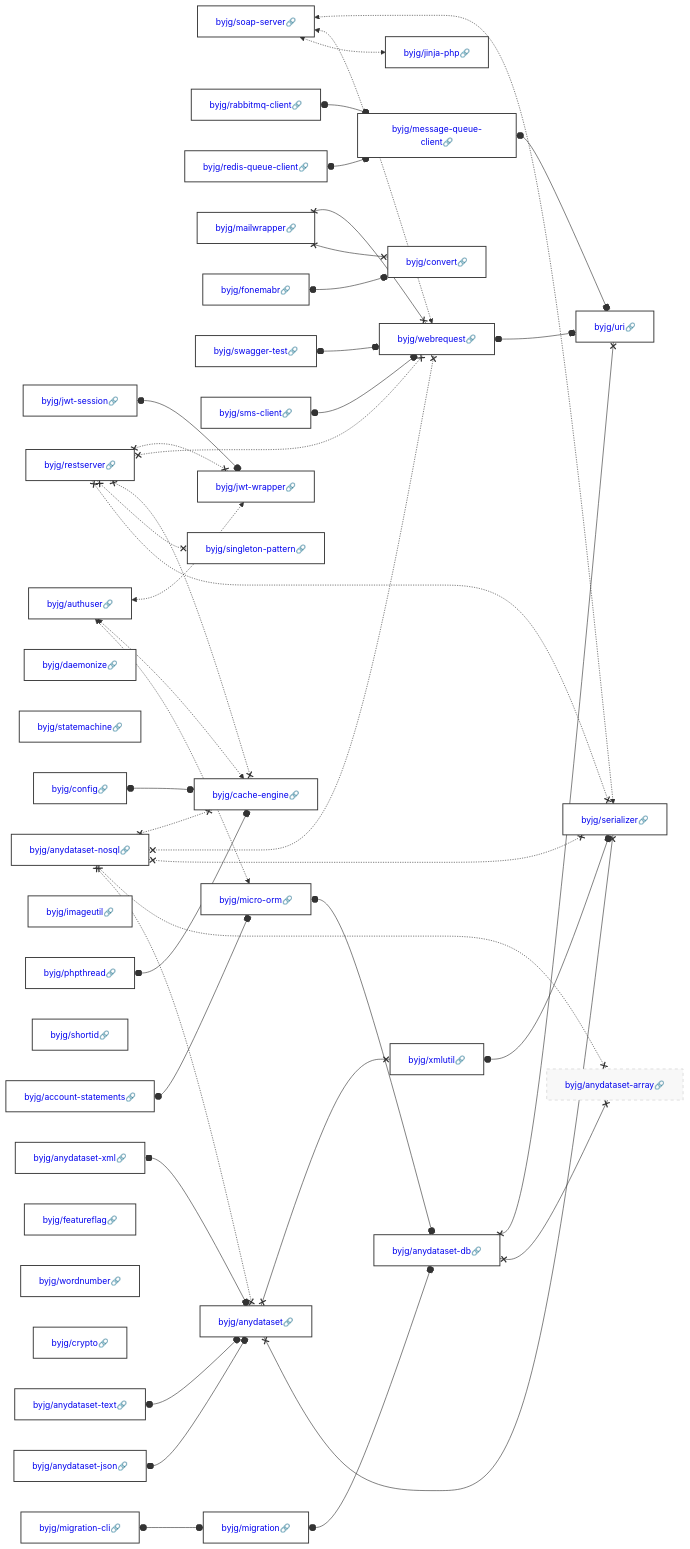
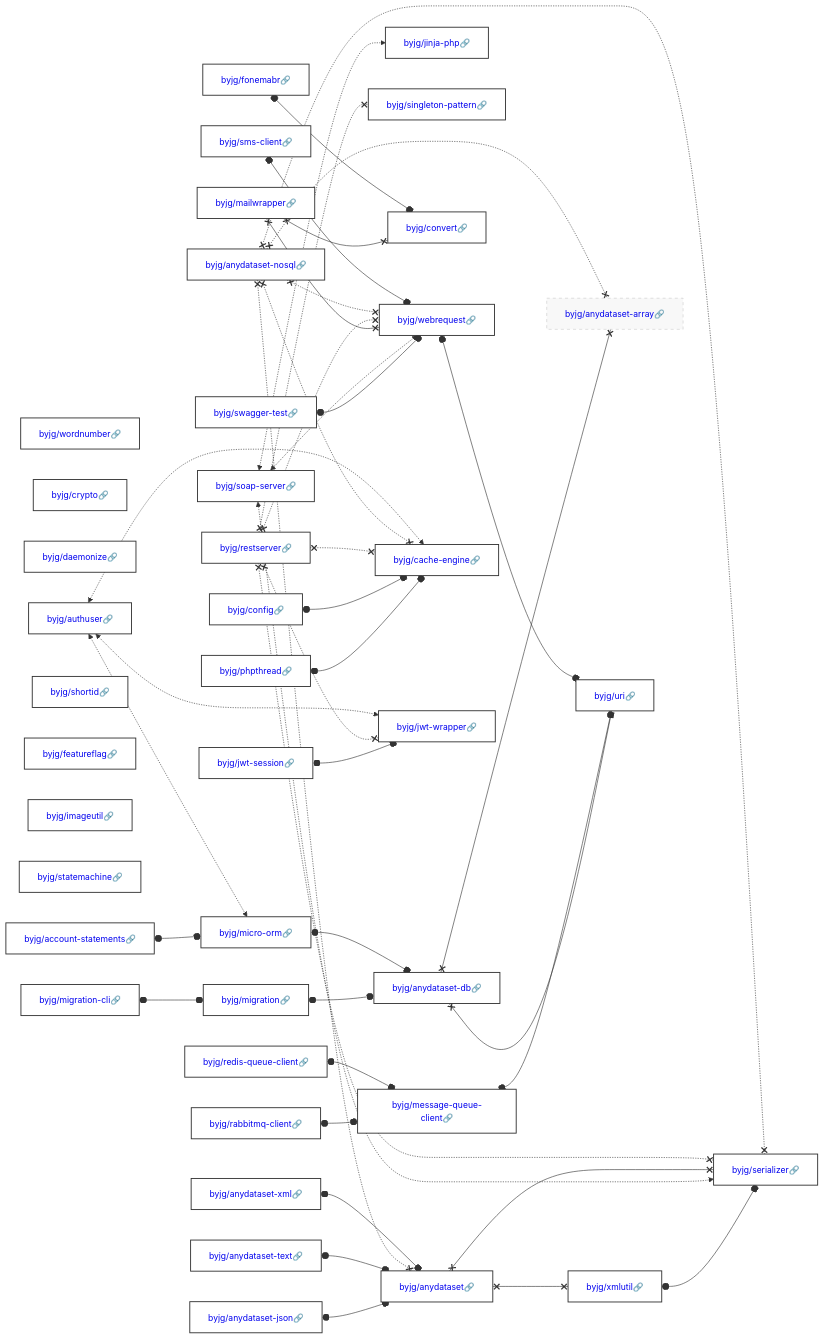
One commit to byjg/byjg.github.io changed the diagram in docs/php/README.md. Above: the diagram before and after it, drawn with Mermaid. The commit also changed other lines of this file and 1 other file, not shown here.

Commit message:
Update documentation 'php' 'php-serializer'

````diff
--- a/docs/php/README.md
+++ b/docs/php/README.md
@@ -3,45 +3,45 @@
 ```mermaid
 graph LR;
+  byjg/redis-queue-client[<a href='https://opensource.byjg.com/docs/php/redis-queue-client' style='text-decoration:none'>byjg/redis-queue-client🔗</a>];
+  byjg/fonemabr[<a href='https://opensource.byjg.com/docs/php/fonemabr' style='text-decoration:none'>byjg/fonemabr🔗</a>];
+  byjg/rabbitmq-client[<a href='https://opensource.byjg.com/docs/php/rabbitmq-client' style='text-decoration:none'>byjg/rabbitmq-client🔗</a>];
   byjg/soap-server[<a href='https://opensource.byjg.com/docs/php/soap-server' style='text-decoration:none'>byjg/soap-server🔗</a>];
-  byjg/restserver[<a href='https://opensource.byjg.com/docs/php/restserver' style='text-decoration:none'>byjg/restserver🔗</a>];
-  byjg/rabbitmq-client[<a href='https://opensource.byjg.com/docs/php/rabbitmq-client' style='text-decoration:none'>byjg/rabbitmq-client🔗</a>];
-  byjg/migration-cli[<a href='https://opensource.byjg.com/docs/php/migration-cli' style='text-decoration:none'>byjg/migration-cli🔗</a>];
-  byjg/jwt-session[<a href='https://opensource.byjg.com/docs/php/jwt-session' style='text-decoration:none'>byjg/jwt-session🔗</a>];
-  byjg/redis-queue-client[<a href='https://opensource.byjg.com/docs/php/redis-queue-client' style='text-decoration:none'>byjg/redis-queue-client🔗</a>];
-  byjg/daemonize[<a href='https://opensource.byjg.com/docs/php/daemonize' style='text-decoration:none'>byjg/daemonize🔗</a>];
-  byjg/statemachine[<a href='https://opensource.byjg.com/docs/php/statemachine' style='text-decoration:none'>byjg/statemachine🔗</a>];
   byjg/anydataset-xml[<a href='https://opensource.byjg.com/docs/php/anydataset-xml' style='text-decoration:none'>byjg/anydataset-xml🔗</a>];
-  byjg/anydataset-text[<a href='https://opensource.byjg.com/docs/php/anydataset-text' style='text-decoration:none'>byjg/anydataset-text🔗</a>];
-  byjg/imageutil[<a href='https://opensource.byjg.com/docs/php/imageutil' style='text-decoration:none'>byjg/imageutil🔗</a>];
-  byjg/mailwrapper[<a href='https://opensource.byjg.com/docs/php/mailwrapper' style='text-decoration:none'>byjg/mailwrapper🔗</a>];
-  byjg/anydataset-nosql[<a href='https://opensource.byjg.com/docs/php/anydataset-nosql' style='text-decoration:none'>byjg/anydataset-nosql🔗</a>];
-  byjg/shortid[<a href='https://opensource.byjg.com/docs/php/shortid' style='text-decoration:none'>byjg/shortid🔗</a>];
-  byjg/fonemabr[<a href='https://opensource.byjg.com/docs/php/fonemabr' style='text-decoration:none'>byjg/fonemabr🔗</a>];
-  byjg/authuser[<a href='https://opensource.byjg.com/docs/php/authuser' style='text-decoration:none'>byjg/authuser🔗</a>];
   byjg/phpthread[<a href='https://opensource.byjg.com/docs/php/phpthread' style='text-decoration:none'>byjg/phpthread🔗</a>];
-  byjg/featureflag[<a href='https://opensource.byjg.com/docs/php/featureflag' style='text-decoration:none'>byjg/featureflag🔗</a>];
   byjg/wordnumber[<a href='https://opensource.byjg.com/docs/php/wordnumber' style='text-decoration:none'>byjg/wordnumber🔗</a>];
   byjg/crypto[<a href='https://opensource.byjg.com/docs/php/crypto' style='text-decoration:none'>byjg/crypto🔗</a>];
+  byjg/restserver[<a href='https://opensource.byjg.com/docs/php/restserver' style='text-decoration:none'>byjg/restserver🔗</a>];
+  byjg/anydataset-nosql[<a href='https://opensource.byjg.com/docs/php/anydataset-nosql' style='text-decoration:none'>byjg/anydataset-nosql🔗</a>];
+  byjg/anydataset-json[<a href='https://opensource.byjg.com/docs/php/anydataset-json' style='text-decoration:none'>byjg/anydataset-json🔗</a>];
+  byjg/daemonize[<a href='https://opensource.byjg.com/docs/php/daemonize' style='text-decoration:none'>byjg/daemonize🔗</a>];
+  byjg/jwt-session[<a href='https://opensource.byjg.com/docs/php/jwt-session' style='text-decoration:none'>byjg/jwt-session🔗</a>];
+  byjg/migration-cli[<a href='https://opensource.byjg.com/docs/php/migration-cli' style='text-decoration:none'>byjg/migration-cli🔗</a>];
   byjg/swagger-test[<a href='https://opensource.byjg.com/docs/php/swagger-test' style='text-decoration:none'>byjg/swagger-test🔗</a>];
+  byjg/shortid[<a href='https://opensource.byjg.com/docs/php/shortid' style='text-decoration:none'>byjg/shortid🔗</a>];
+  byjg/featureflag[<a href='https://opensource.byjg.com/docs/php/featureflag' style='text-decoration:none'>byjg/featureflag🔗</a>];
+  byjg/sms-client[<a href='https://opensource.byjg.com/docs/php/sms-client' style='text-decoration:none'>byjg/sms-client🔗</a>];
+  byjg/imageutil[<a href='https://opensource.byjg.com/docs/php/imageutil' style='text-decoration:none'>byjg/imageutil🔗</a>];
+  byjg/anydataset-text[<a href='https://opensource.byjg.com/docs/php/anydataset-text' style='text-decoration:none'>byjg/anydataset-text🔗</a>];
+  byjg/statemachine[<a href='https://opensource.byjg.com/docs/php/statemachine' style='text-decoration:none'>byjg/statemachine🔗</a>];
+  byjg/config[<a href='https://opensource.byjg.com/docs/php/config' style='text-decoration:none'>byjg/config🔗</a>];
   byjg/account-statements[<a href='https://opensource.byjg.com/docs/php/account-statements' style='text-decoration:none'>byjg/account-statements🔗</a>];
-  byjg/anydataset-json[<a href='https://opensource.byjg.com/docs/php/anydataset-json' style='text-decoration:none'>byjg/anydataset-json🔗</a>];
-  byjg/sms-client[<a href='https://opensource.byjg.com/docs/php/sms-client' style='text-decoration:none'>byjg/sms-client🔗</a>];
-  byjg/config[<a href='https://opensource.byjg.com/docs/php/config' style='text-decoration:none'>byjg/config🔗</a>];
+  byjg/mailwrapper[<a href='https://opensource.byjg.com/docs/php/mailwrapper' style='text-decoration:none'>byjg/mailwrapper🔗</a>];
+  byjg/authuser[<a href='https://opensource.byjg.com/docs/php/authuser' style='text-decoration:none'>byjg/authuser🔗</a>];
+  byjg/message-queue-client[<a href='https://opensource.byjg.com/docs/php/message-queue-client' style='text-decoration:none'>byjg/message-queue-client🔗</a>];
   byjg/jinja-php[<a href='https://opensource.byjg.com/docs/php/jinja-php' style='text-decoration:none'>byjg/jinja-php🔗</a>];
   byjg/singleton-pattern[<a href='https://opensource.byjg.com/docs/php/singleton-pattern' style='text-decoration:none'>byjg/singleton-pattern🔗</a>];
   byjg/migration[<a href='https://opensource.byjg.com/docs/php/migration' style='text-decoration:none'>byjg/migration🔗</a>];
-  byjg/message-queue-client[<a href='https://opensource.byjg.com/docs/php/message-queue-client' style='text-decoration:none'>byjg/message-queue-client🔗</a>];
+  byjg/anydataset[<a href='https://opensource.byjg.com/docs/php/anydataset' style='text-decoration:none'>byjg/anydataset🔗</a>];
   byjg/convert[<a href='https://opensource.byjg.com/docs/php/convert' style='text-decoration:none'>byjg/convert🔗</a>];
+  byjg/webrequest[<a href='https://opensource.byjg.com/docs/php/webrequest' style='text-decoration:none'>byjg/webrequest🔗</a>];
+  byjg/micro-orm[<a href='https://opensource.byjg.com/docs/php/micro-orm' style='text-decoration:none'>byjg/micro-orm🔗</a>];
+  byjg/cache-engine[<a href='https://opensource.byjg.com/docs/php/cache-engine' style='text-decoration:none'>byjg/cache-engine🔗</a>];
   byjg/jwt-wrapper[<a href='https://opensource.byjg.com/docs/php/jwt-wrapper' style='text-decoration:none'>byjg/jwt-wrapper🔗</a>];
-  byjg/micro-orm[<a href='https://opensource.byjg.com/docs/php/micro-orm' style='text-decoration:none'>byjg/micro-orm🔗</a>];
-  byjg/anydataset[<a href='https://opensource.byjg.com/docs/php/anydataset' style='text-decoration:none'>byjg/anydataset🔗</a>];
-  byjg/webrequest[<a href='https://opensource.byjg.com/docs/php/webrequest' style='text-decoration:none'>byjg/webrequest🔗</a>];
-  byjg/cache-engine[<a href='https://opensource.byjg.com/docs/php/cache-engine' style='text-decoration:none'>byjg/cache-engine🔗</a>];
+  byjg/xmlutil[<a href='https://opensource.byjg.com/docs/php/xmlutil' style='text-decoration:none'>byjg/xmlutil🔗</a>];
   byjg/anydataset-db[<a href='https://opensource.byjg.com/docs/php/anydataset-db' style='text-decoration:none'>byjg/anydataset-db🔗</a>];
-  byjg/xmlutil[<a href='https://opensource.byjg.com/docs/php/xmlutil' style='text-decoration:none'>byjg/xmlutil🔗</a>];
+  byjg/serializer[<a href='https://opensource.byjg.com/docs/php/serializer' style='text-decoration:none'>byjg/serializer🔗</a>];
   byjg/anydataset-array[<a href='https://opensource.byjg.com/docs/php/anydataset-array' style='text-decoration:none'>byjg/anydataset-array🔗</a>];
   byjg/uri[<a href='https://opensource.byjg.com/docs/php/uri' style='text-decoration:none'>byjg/uri🔗</a>];
-  byjg/serializer[<a href='https://opensource.byjg.com/docs/php/serializer' style='text-decoration:none'>byjg/serializer🔗</a>];
   byjg/xmlutil o--o byjg/serializer;
   byjg/rabbitmq-client o--o byjg/message-queue-client;
   byjg/migration o--o byjg/anydataset-db;
````
